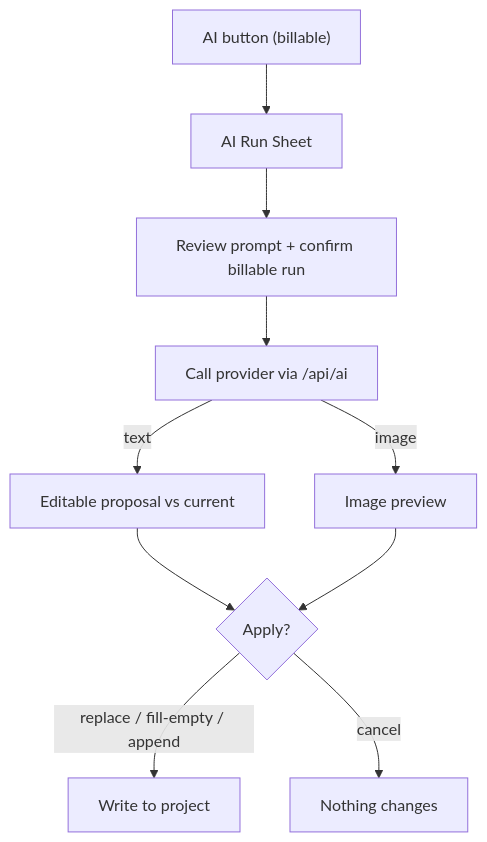
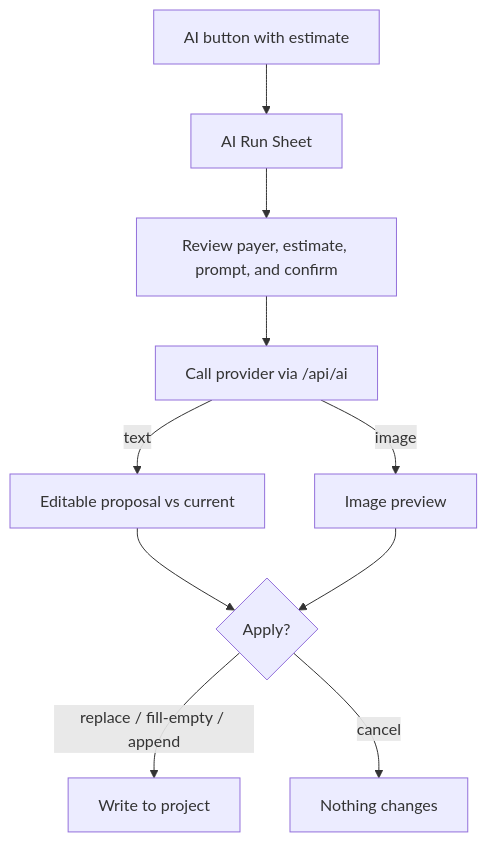
The diagram in docs/guides/ai-setup.md (Saransh-Sharma/RouteCrafter), drawn with Mermaid before and after one commit. The commit also changed other lines of this file and 7 other files, not shown here.

````diff
--- a/docs/guides/ai-setup.md
+++ b/docs/guides/ai-setup.md
@@ -47,12 +62,12 @@
 ```mermaid
 flowchart TD
-  Trigger["AI button (billable)"] --> Sheet[AI Run Sheet]
-  Sheet --> Confirm["Review prompt + confirm billable run"]
+  Trigger["AI button with estimate"] --> Sheet[AI Run Sheet]
+  Sheet --> Confirm["Review payer, estimate, prompt, and confirm"]
   Confirm --> Run[Call provider via /api/ai]
   Run -->|text| Proposal[Editable proposal vs current]
   Run -->|image| ImgPreview[Image preview]
   Proposal --> Apply{Apply?}
   ImgPreview --> Apply
   Apply -->|replace / fill-empty / append| Project[Write to project]
   Apply -->|cancel| Discard[Nothing changes]
 ```
````
